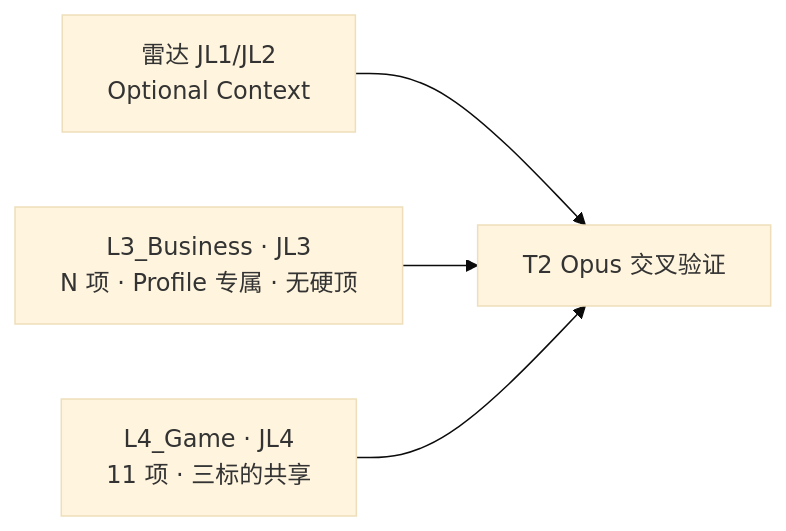
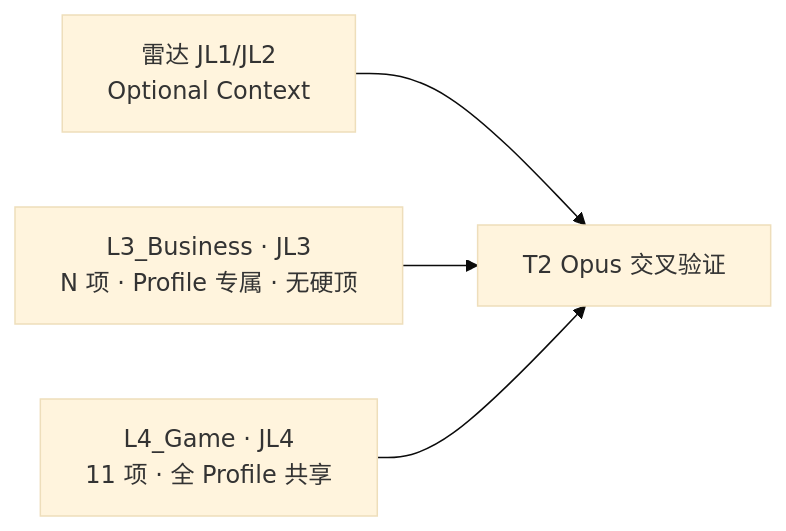
Before and after one commit to myxxhui/diting-doc: the first of 8 diagrams in 03_原子目标与规约/_共享规约/28_执行中工作区_标的深度监控_T0-T2开发计划.md, drawn with Mermaid (base theme). The commit also changed other lines of this file and 5 other files, not shown here.

````diff
--- a/03_原子目标与规约/_共享规约/28_执行中工作区_标的深度监控_T0-T2开发计划.md
+++ b/03_原子目标与规约/_共享规约/28_执行中工作区_标的深度监控_T0-T2开发计划.md
@@ -40,6 +40,6 @@
 ```mermaid
 flowchart LR
   RADAR["雷达 JL1/JL2<br/>Optional Context"] --> T2["T2 Opus 交叉验证"]
   L3["L3_Business · JL3<br/>N 项 · Profile 专属 · 无硬顶"] --> T2
-  L4["L4_Game · JL4<br/>11 项 · 三标的共享"] --> T2
+  L4["L4_Game · JL4<br/>11 项 · 全 Profile 共享"] --> T2
 ```
````
